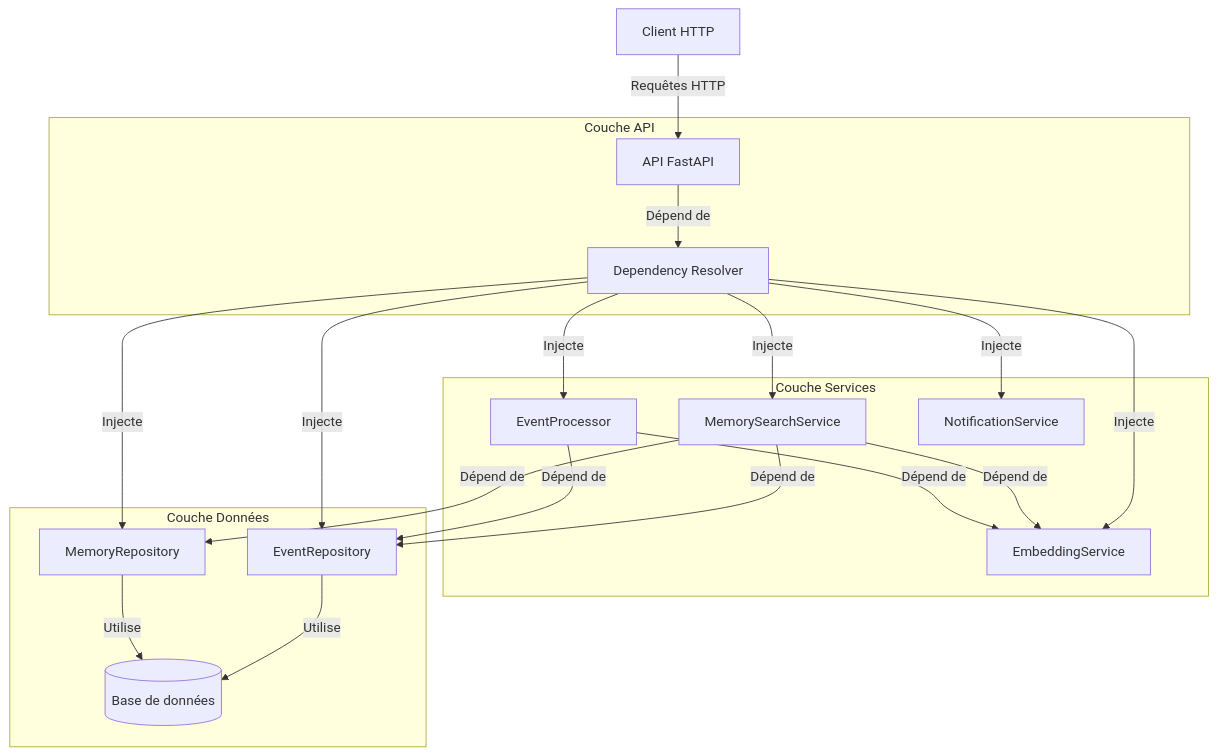
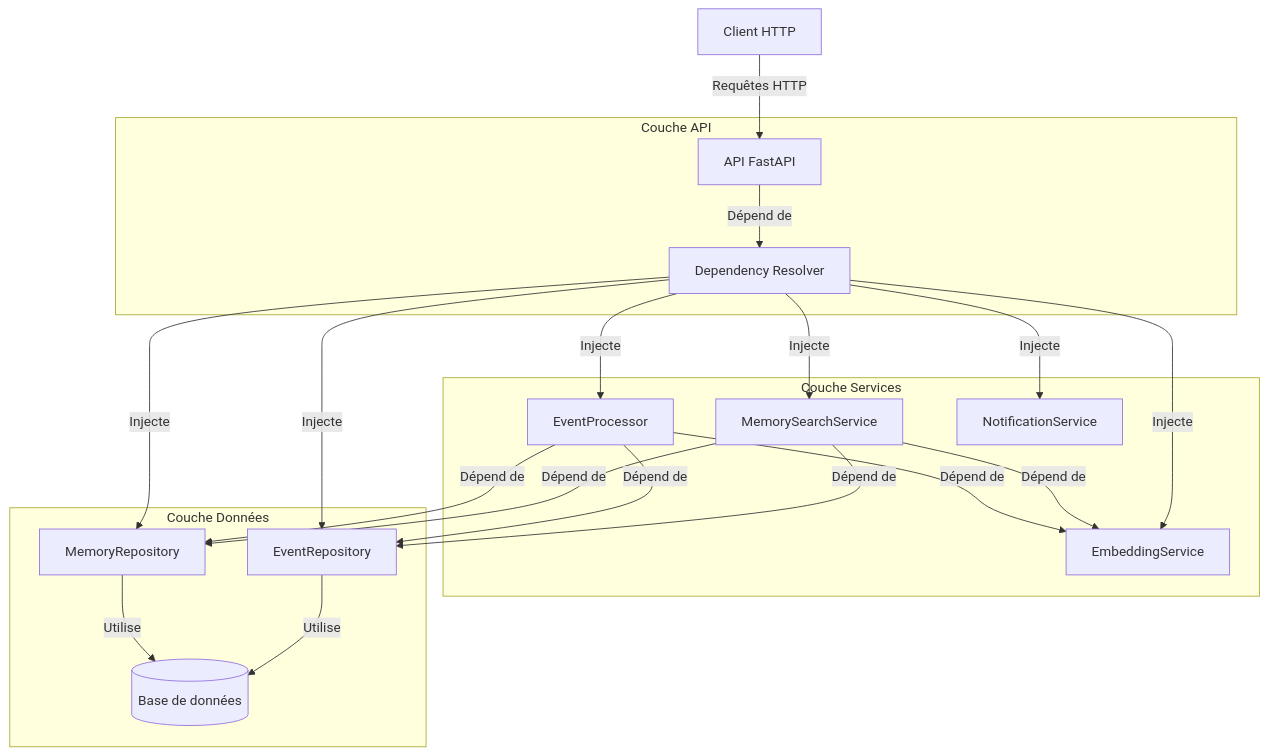
Before and after one commit to giak/mnemo-lite: the first of 8 diagrams in docs/architecture_diagrams.md, drawn with Mermaid. The commit also changed other lines of this file and 69 other files, not shown here.

````diff
--- a/docs/architecture_diagrams.md
+++ b/docs/architecture_diagrams.md
@@ -7,40 +7,41 @@
 ```mermaid
 graph TD
     Client[Client HTTP] --> |Requêtes HTTP| API[API FastAPI]
     API --> |Dépend de| DR[Dependency Resolver]
     
     DR --> |Injecte| ER[EventRepository]
     DR --> |Injecte| MR[MemoryRepository]
     DR --> |Injecte| ES[EmbeddingService]
     DR --> |Injecte| MS[MemorySearchService]
     DR --> |Injecte| EP[EventProcessor]
     DR --> |Injecte| NS[NotificationService]
     
     ER --> |Utilise| DB[(Base de données)]
     MR --> |Utilise| DB
     
     MS --> |Dépend de| ER
     MS --> |Dépend de| MR
     MS --> |Dépend de| ES
     
     EP --> |Dépend de| ER
     EP --> |Dépend de| ES
+    EP --> |Dépend de| MR
     
     subgraph "Couche API"
         API
         DR
     end
     
     subgraph "Couche Services"
         ES
         MS
         EP
         NS
     end
     
     subgraph "Couche Données"
         ER
         MR
         DB
     end
 ```
````
